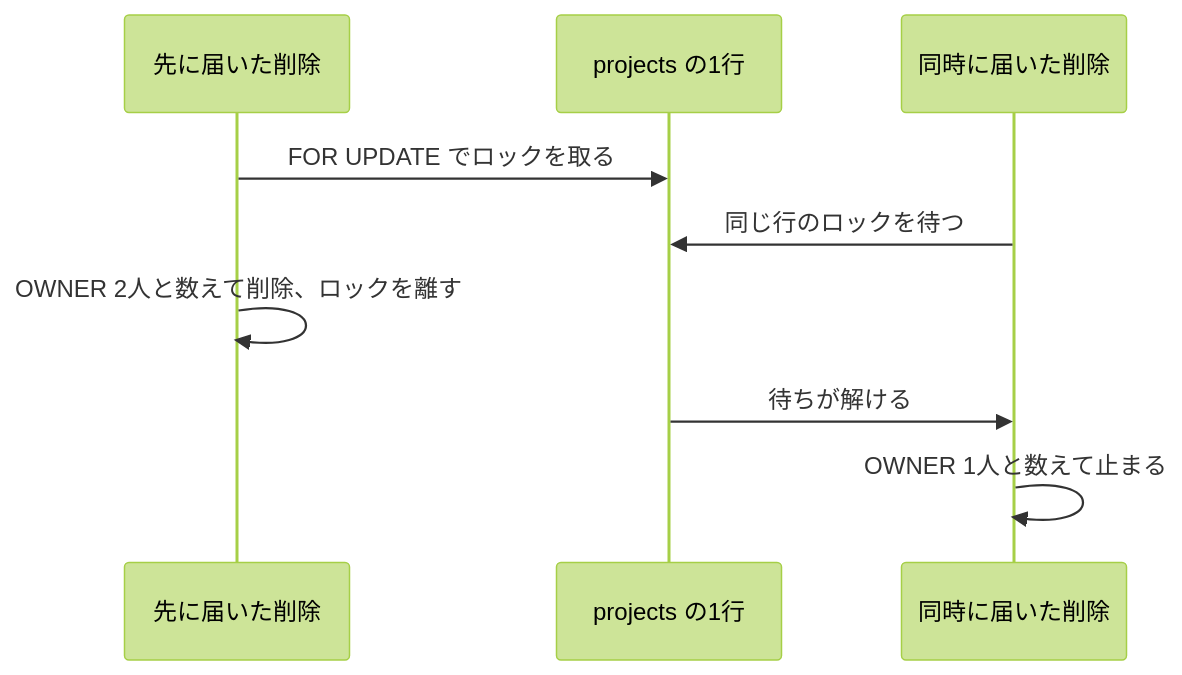
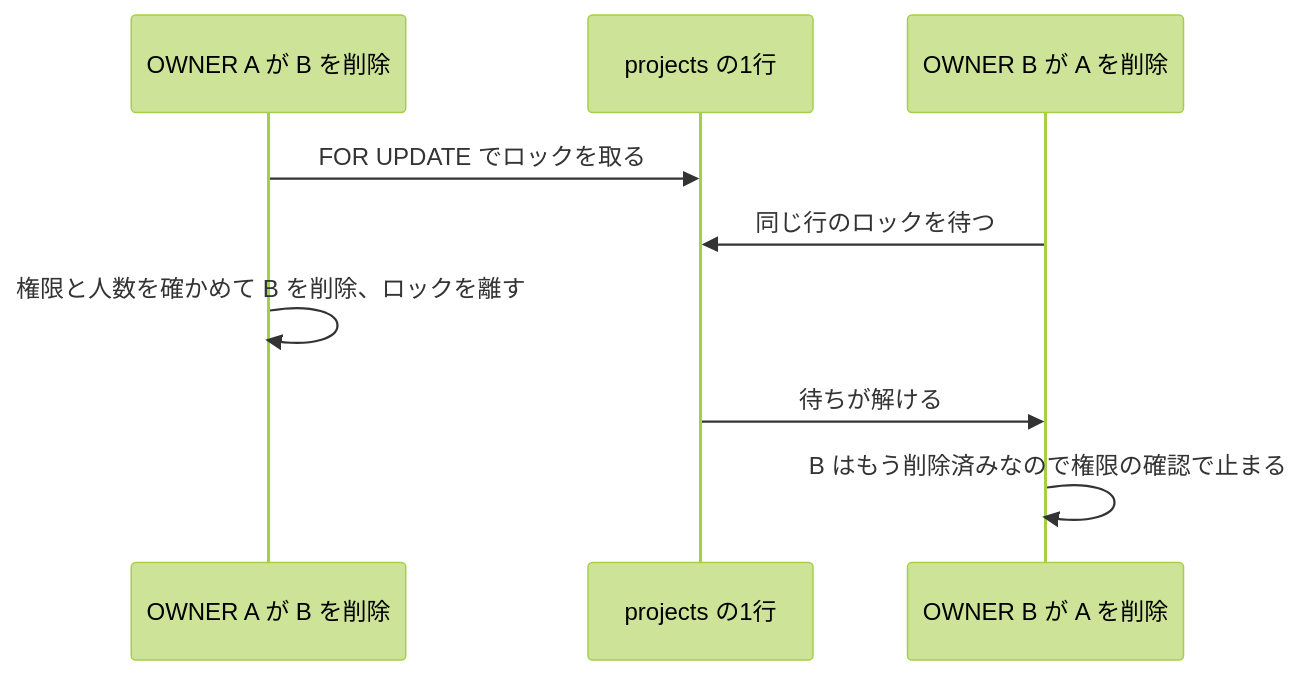
One commit to kouiso/task-app changed the third of 4 diagrams in material/30days-curriculum/day12_メンバー追加.md. Above: the diagram before and after it, drawn with Mermaid (forest theme). The commit also changed other lines of this file and 1 other file, not shown here.

Commit message:
fix: day12 のロックの図を実際の失敗順序に直し、Gate 4 の配線検査がコメント行を数えないようにする
Claude-Session: https://claude.ai/code/session_01Kw7XhuEFmiPdp9mjJYoxHM

````diff
--- a/material/30days-curriculum/day12_メンバー追加.md
+++ b/material/30days-curriculum/day12_メンバー追加.md
@@ -342,11 +342,11 @@
 ```mermaid
 sequenceDiagram
-    participant A as 先に届いた削除
+    participant A as OWNER A が B を削除
     participant P as projects の1行
-    participant B as 同時に届いた削除
+    participant B as OWNER B が A を削除
     A->>P: FOR UPDATE でロックを取る
     B->>P: 同じ行のロックを待つ
-    A->>A: OWNER 2人と数えて削除、ロックを離す
+    A->>A: 権限と人数を確かめて B を削除、ロックを離す
     P->>B: 待ちが解ける
-    B->>B: OWNER 1人と数えて止まる
+    B->>B: B はもう削除済みなので権限の確認で止まる
 ```
````
